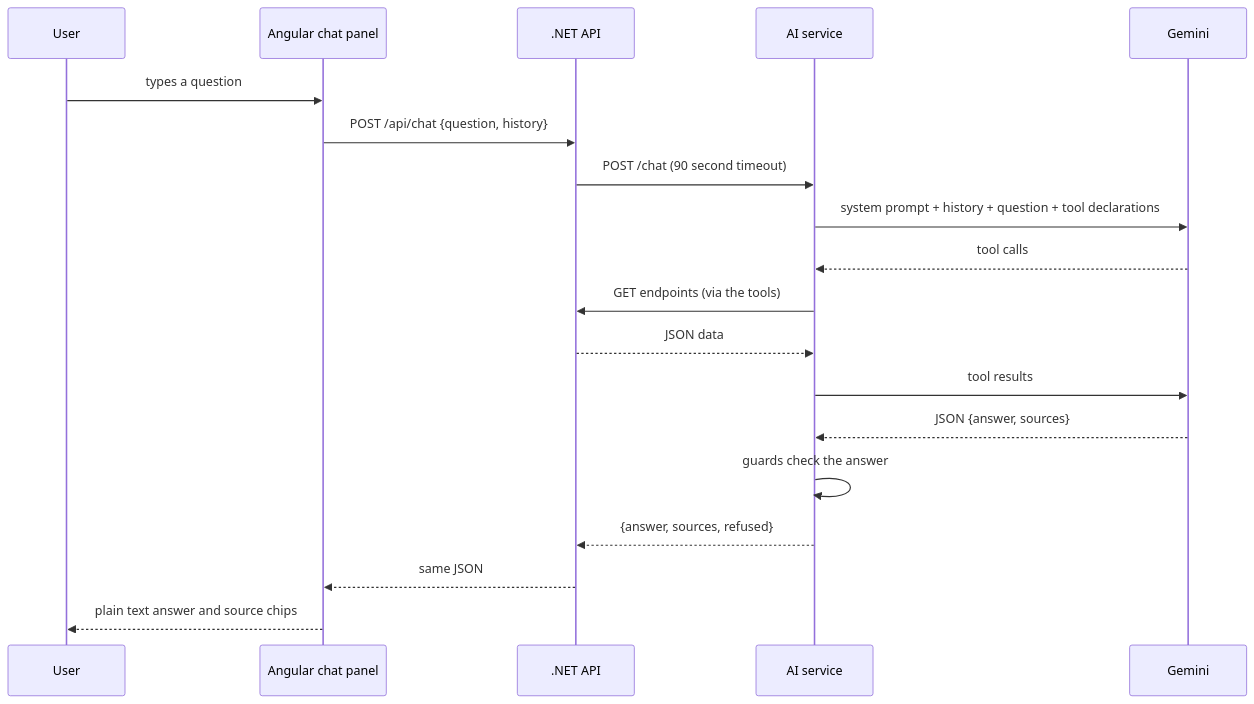
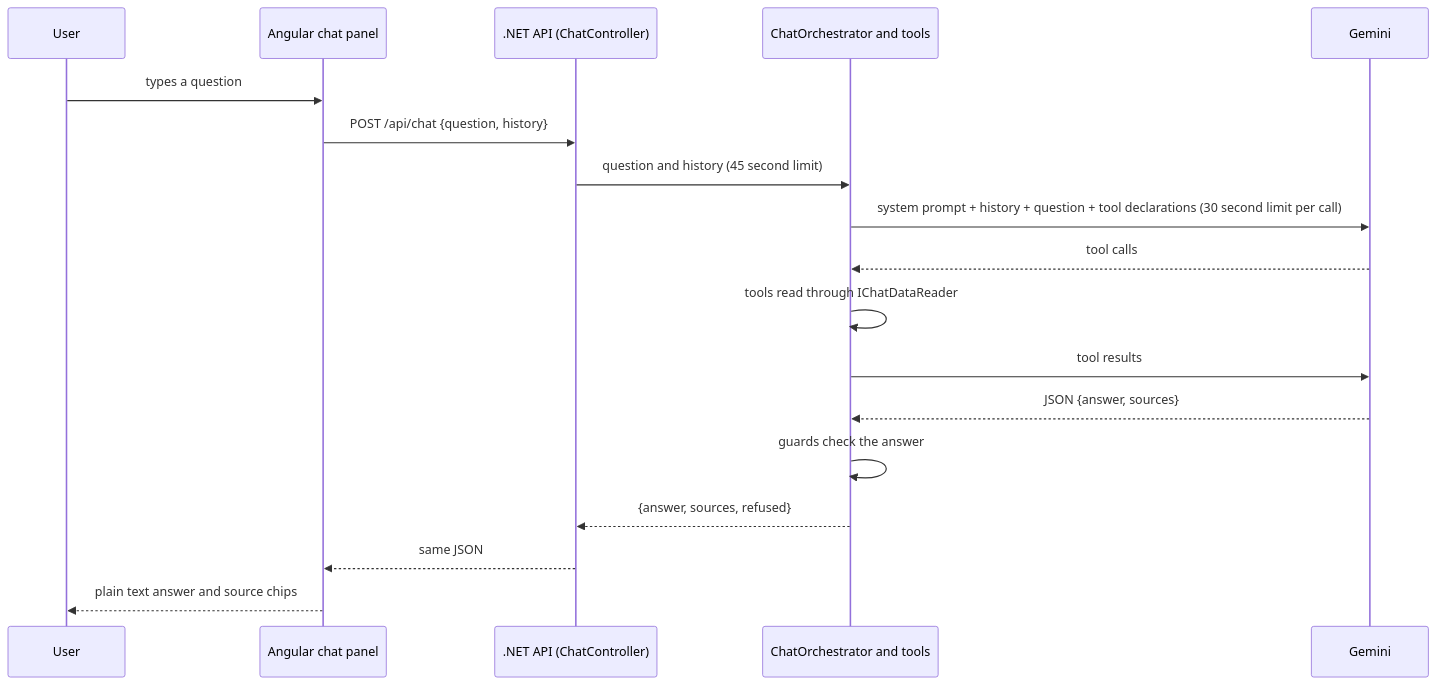
Before and after one commit to muhammadmapkar/NBJewel: the second of 2 diagrams in docs/architecture.md, drawn with Mermaid. The commit also changed other lines of this file and 10 other files, not shown here.

Commit message:
Docs: chatbot now lives in the .NET API. Update README, run guide, architecture, grounding, tool registry, decision record, demo script. Drop AI_SERVICE_URL.

````diff
--- a/docs/architecture.md
+++ b/docs/architecture.md
@@ -49,21 +48,20 @@
 ```mermaid
 sequenceDiagram
   participant U as User
   participant F as Angular chat panel
-  participant N as .NET API
-  participant S as AI service
+  participant N as .NET API (ChatController)
+  participant O as ChatOrchestrator and tools
   participant M as Gemini
   U->>F: types a question
   F->>N: POST /api/chat {question, history}
-  N->>S: POST /chat (90 second timeout)
-  S->>M: system prompt + history + question + tool declarations
-  M-->>S: tool calls
-  S->>N: GET endpoints (via the tools)
-  N-->>S: JSON data
-  S->>M: tool results
-  M-->>S: JSON {answer, sources}
-  S->>S: guards check the answer
-  S-->>N: {answer, sources, refused}
+  N->>O: question and history (45 second limit)
+  O->>M: system prompt + history + question + tool declarations (30 second limit per call)
+  M-->>O: tool calls
+  O->>O: tools read through IChatDataReader
+  O->>M: tool results
+  M-->>O: JSON {answer, sources}
+  O->>O: guards check the answer
+  O-->>N: {answer, sources, refused}
   N-->>F: same JSON
   F-->>U: plain text answer and source chips
 ```
````
